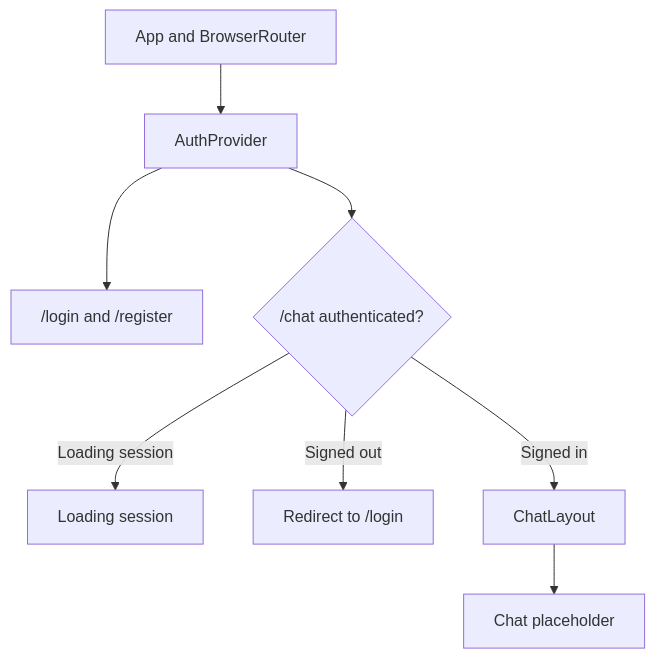
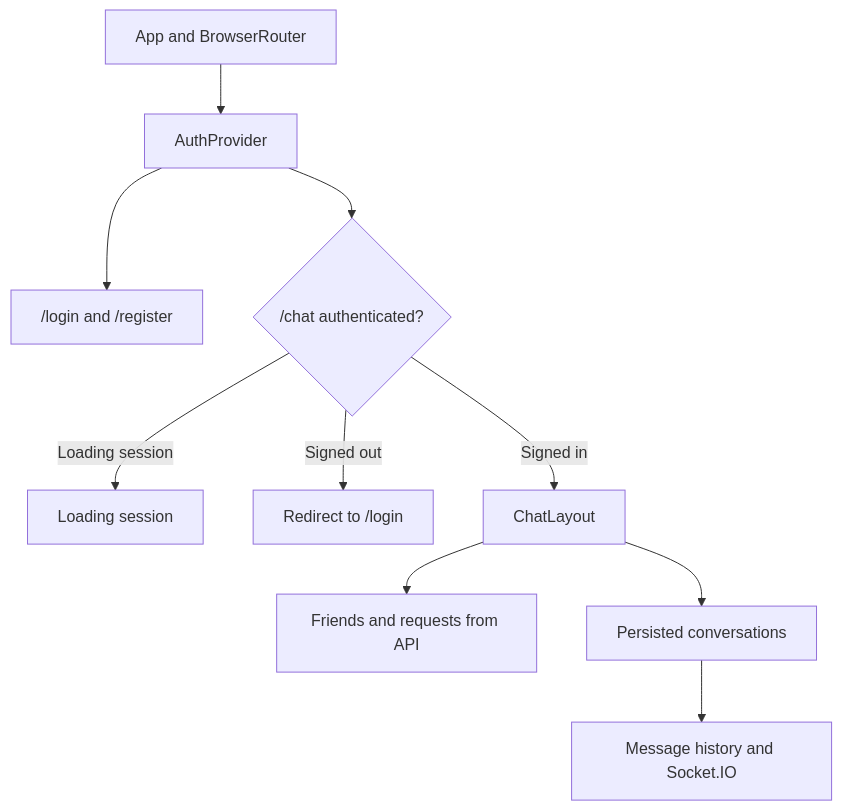
One commit to ShreeshCS/Teco changed the diagram in docs/frontend.md. Above: the diagram before and after it, drawn with Mermaid. The commit also changed other lines of this file and 41 other files, not shown here.

First line of the commit message:
feat: implement real-time chat functionality with Socket.IO

````diff
--- a/docs/frontend.md
+++ b/docs/frontend.md
@@ -31,10 +31,12 @@
 ```mermaid
 flowchart TD
     App["App and BrowserRouter"] --> Auth["AuthProvider"]
     Auth --> Public["/login and /register"]
     Auth --> Guard{"/chat authenticated?"}
     Guard -->|Loading session| Loading["Loading session"]
     Guard -->|Signed out| Login["Redirect to /login"]
     Guard -->|Signed in| Layout["ChatLayout"]
-    Layout --> Placeholder["Chat placeholder"]
+    Layout --> Friends["Friends and requests from API"]
+    Layout --> Conversations["Persisted conversations"]
+    Conversations --> Chat["Message history and Socket.IO"]
 ```
````
